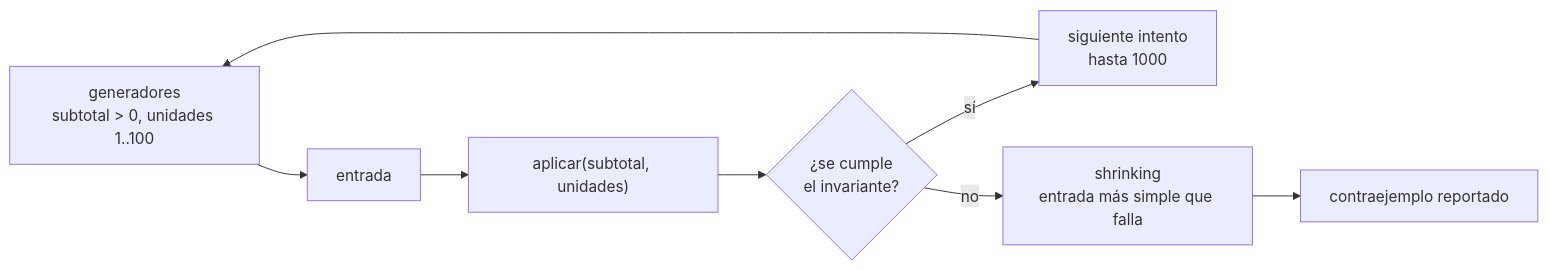
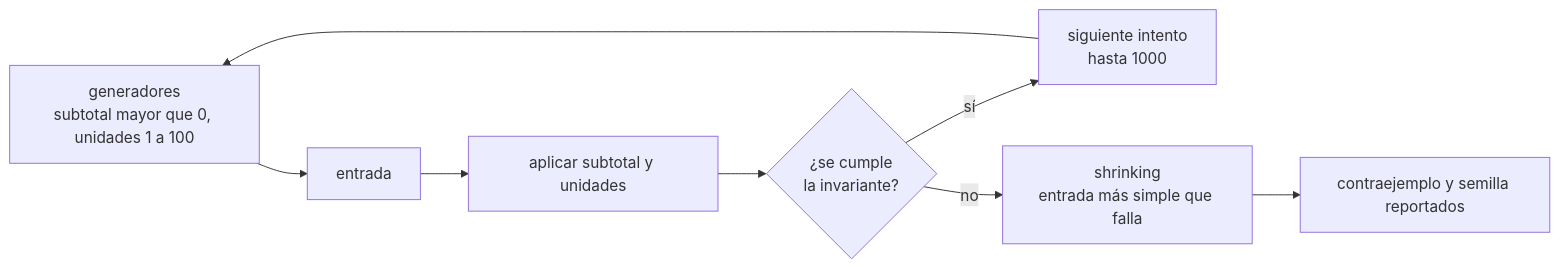
The fourth of 4 diagrams in web/public/content/java/modulo-9.md (NICORUIZ93/The_Imperial_Book), drawn with Mermaid before and after one commit. The commit also changed other lines of this file and 65 other files, not shown here.

````diff
--- a/web/public/content/java/modulo-9.md
+++ b/web/public/content/java/modulo-9.md
@@ -1330,10 +1552,10 @@
 ```mermaid
 flowchart LR
-  G["generadores<br/>subtotal > 0, unidades 1..100"] --> E["entrada"]
-  E --> R["aplicar(subtotal, unidades)"]
-  R --> P{"¿se cumple<br/>el invariante?"}
+  G["generadores<br/>subtotal mayor que 0, unidades 1 a 100"] --> E["entrada"]
+  E --> R["aplicar subtotal y unidades"]
+  R --> P{"¿se cumple<br/>la invariante?"}
   P -- "sí" --> N["siguiente intento<br/>hasta 1000"]
   N --> G
   P -- "no" --> S["shrinking<br/>entrada más simple que falla"]
-  S --> C["contraejemplo reportado"]
+  S --> C["contraejemplo y semilla reportados"]
 ```
````
